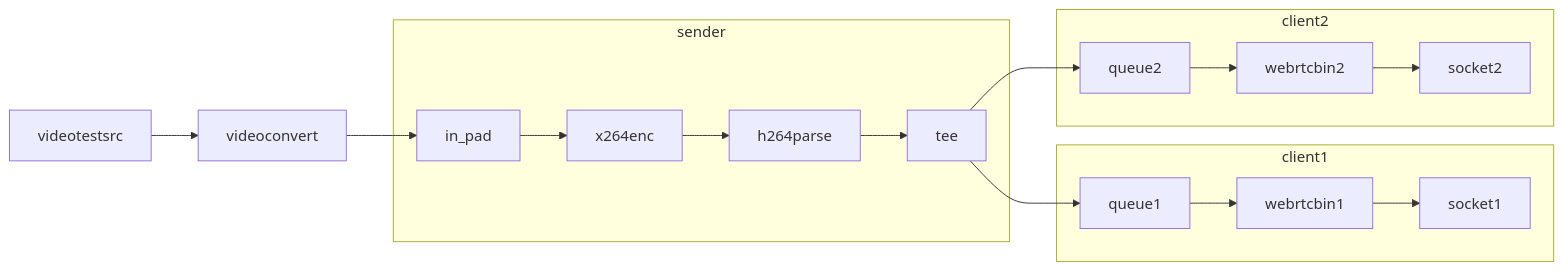
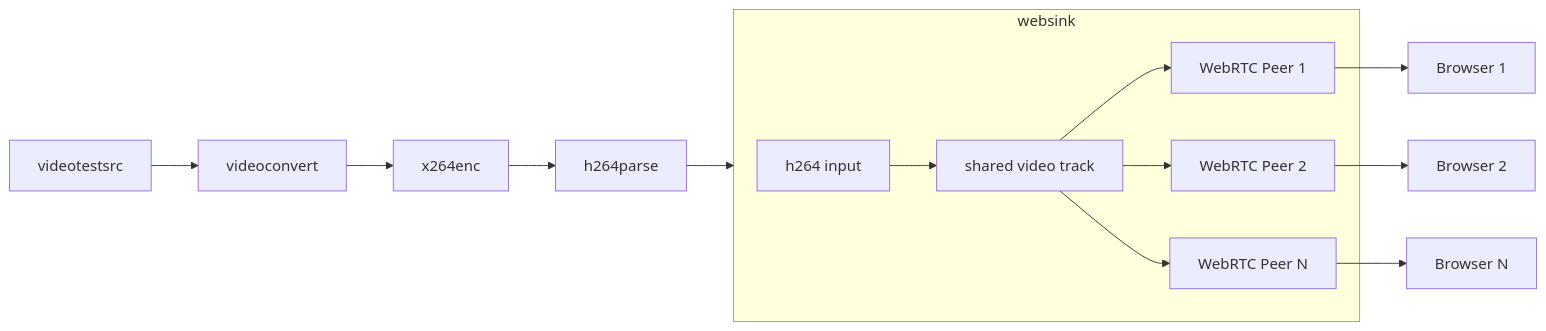
The diagram in README.md (VideologyInc/websink), drawn with Mermaid before and after one commit. The commit also changed other lines of this file and 4 other files, not shown here.

````diff
--- a/README.md
+++ b/README.md
@@ -42,13 +49,13 @@
 ```mermaid
 graph LR
-    videotestsrc --> videoconvert --> in_pad
-    subgraph sender
-        in_pad --> x264enc --> h264parse --> tee
+    videotestsrc --> videoconvert --> x264enc --> h264parse --> websink
+    subgraph websink
+        h264input[h264 input] --> videoTrack[shared video track]
+        videoTrack --> webrtcPeer1[WebRTC Peer 1]
+        videoTrack --> webrtcPeer2[WebRTC Peer 2]
+        videoTrack --> webrtcPeerN[WebRTC Peer N]
     end
-    subgraph client1
-        tee --> queue1 --> webrtcbin1 --> socket1
-    end
-    subgraph client2
-        tee --> queue2 --> webrtcbin2 --> socket2
-    end
+    webrtcPeer1 --> browser1[Browser 1]
+    webrtcPeer2 --> browser2[Browser 2]
+    webrtcPeerN --> browserN[Browser N]
 ```
````
